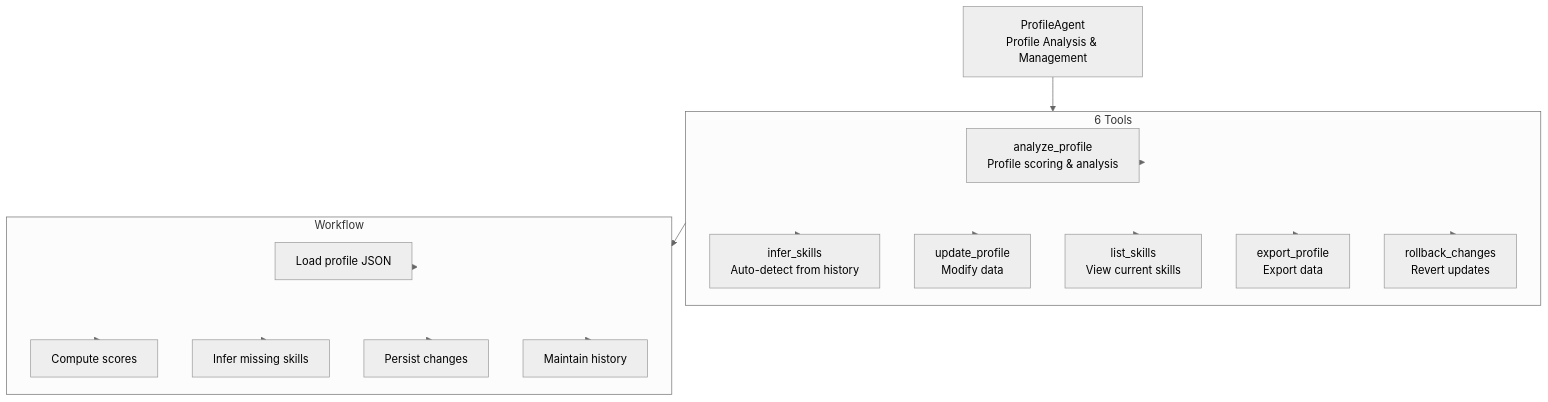
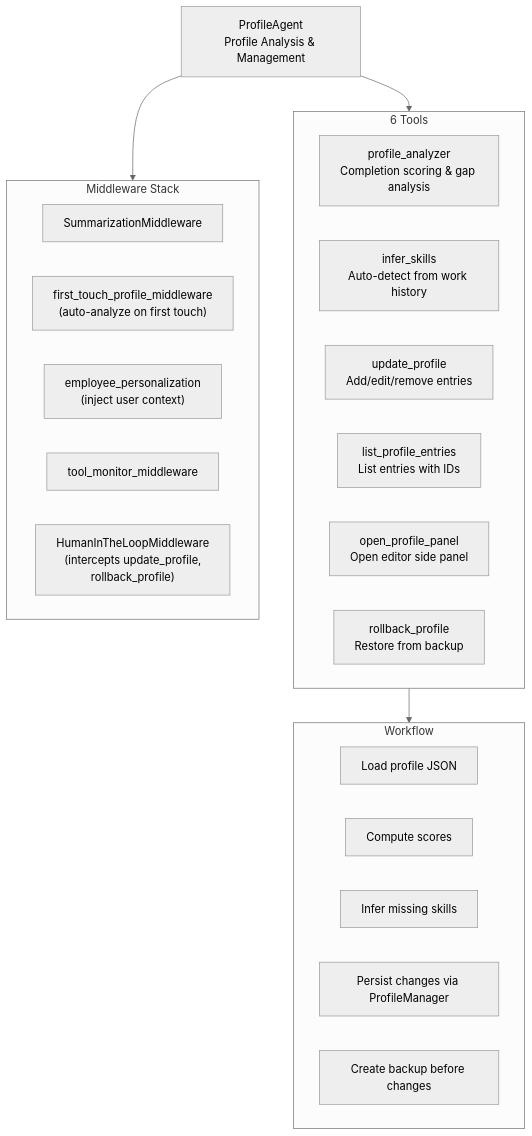
Before and after one commit to savipk/autochat: the second of 6 diagrams in docs/architecture/05-specialist-agents.md, drawn with Mermaid (neutral theme). The commit also changed other lines of this file and 27 other files, not shown here.

Commit message:
modify profile agent

````diff
--- a/docs/architecture/05-specialist-agents.md
+++ b/docs/architecture/05-specialist-agents.md
@@ -93,36 +75,33 @@
 ```mermaid
 graph TB
     ProfileAgent["ProfileAgent<br/>Profile Analysis & Management"]
 
     subgraph Tools6["6 Tools"]
-        analyze["analyze_profile<br/>Profile scoring & analysis"]
-        infer["infer_skills<br/>Auto-detect from history"]
-        update["update_profile<br/>Modify data"]
-        list_skills["list_skills<br/>View current skills"]
-        export["export_profile<br/>Export data"]
-        rollback["rollback_changes<br/>Revert updates"]
+        analyze["profile_analyzer<br/>Completion scoring & gap analysis"]
+        infer["infer_skills<br/>Auto-detect from work history"]
+        update["update_profile<br/>Add/edit/remove entries"]
+        list_entries["list_profile_entries<br/>List entries with IDs"]
+        open_panel["open_profile_panel<br/>Open editor side panel"]
+        rollback["rollback_profile<br/>Restore from backup"]
+    end
+
+    subgraph Middleware["Middleware Stack"]
+        MW1["SummarizationMiddleware"]
+        MW2["first_touch_profile_middleware<br/>(auto-analyze on first touch)"]
+        MW3["employee_personalization<br/>(inject user context)"]
+        MW4["tool_monitor_middleware"]
+        MW5["HumanInTheLoopMiddleware<br/>(intercepts update_profile,<br/>rollback_profile)"]
     end
 
     subgraph Process["Workflow"]
         load["Load profile JSON"]
         compute["Compute scores"]
         infer_proc["Infer missing skills"]
-        persist["Persist changes"]
-        history["Maintain history"]
+        persist["Persist changes via ProfileManager"]
+        backup["Create backup before changes"]
     end
 
     ProfileAgent --> Tools6
-    Tools6 --> analyze
-    Tools6 --> infer
-    Tools6 --> update
-    Tools6 --> list_skills
-    Tools6 --> export
-    Tools6 --> rollback
-
+    ProfileAgent --> Middleware
     Tools6 --> Process
-    Process --> load
-    Process --> compute
-    Process --> infer_proc
-    Process --> persist
-    Process --> history
 ```
````
